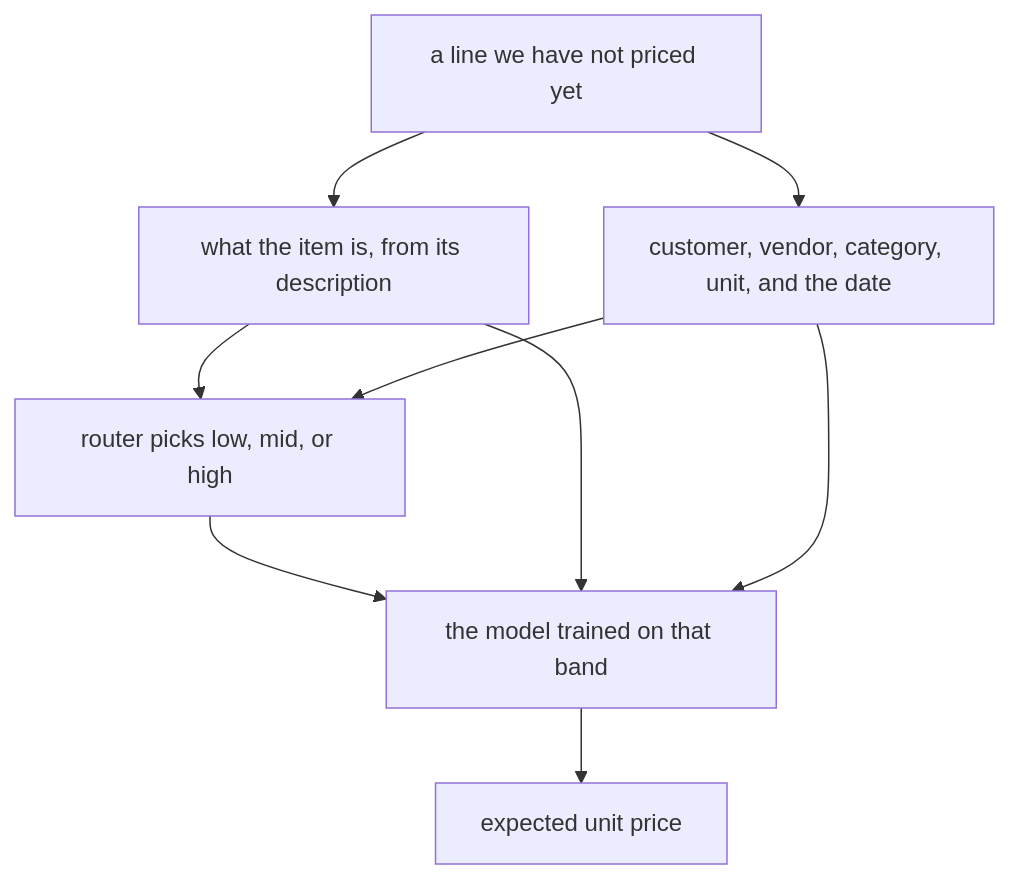
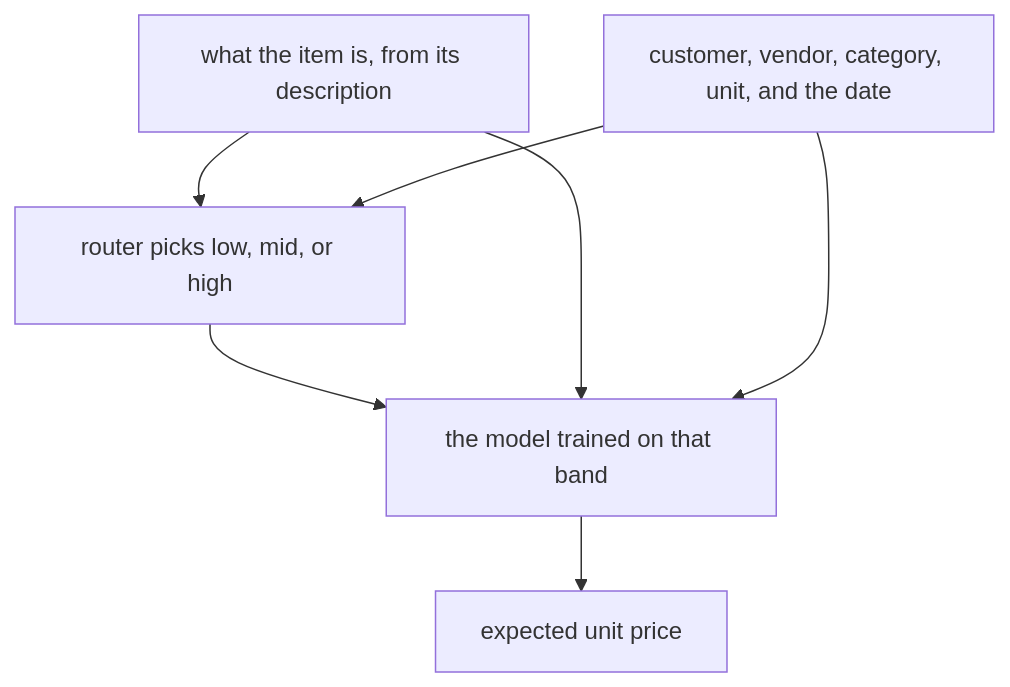
The second of 2 diagrams in README.md (Eligoze75/ds-take-home-assignment), drawn with Mermaid before and after one commit. The commit also changed other lines of this file, not shown here.

Commit message:
last updates to README

````diff
--- a/README.md
+++ b/README.md
@@ -269,11 +271,11 @@
 ```mermaid
 flowchart TD
-    line["a line we have not priced yet"] --> desc["what the item is, from its description"]
-    line --> who["customer, vendor, category, unit, and the date"]
+    desc["what the item is, from its description"]
+    who["customer, vendor, category, unit, and the date"]
     desc --> router["router picks low, mid, or high"]
     who --> router
     router --> expert["the model trained on that band"]
     desc --> expert
     who --> expert
     expert --> price["expected unit price"]
 ```
````
